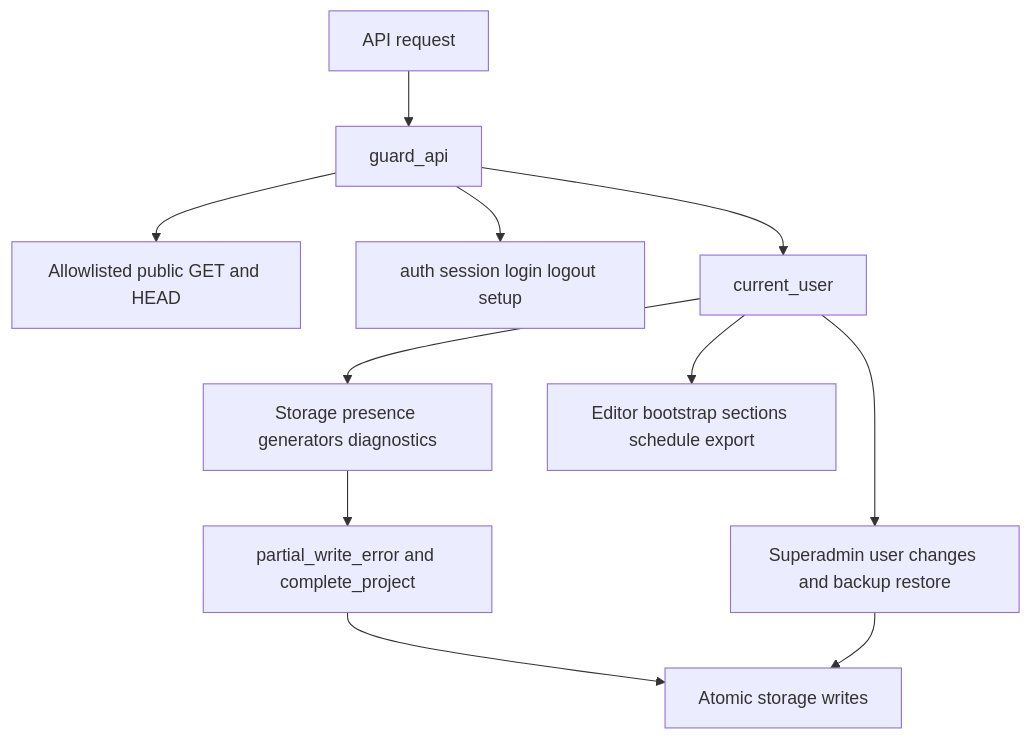
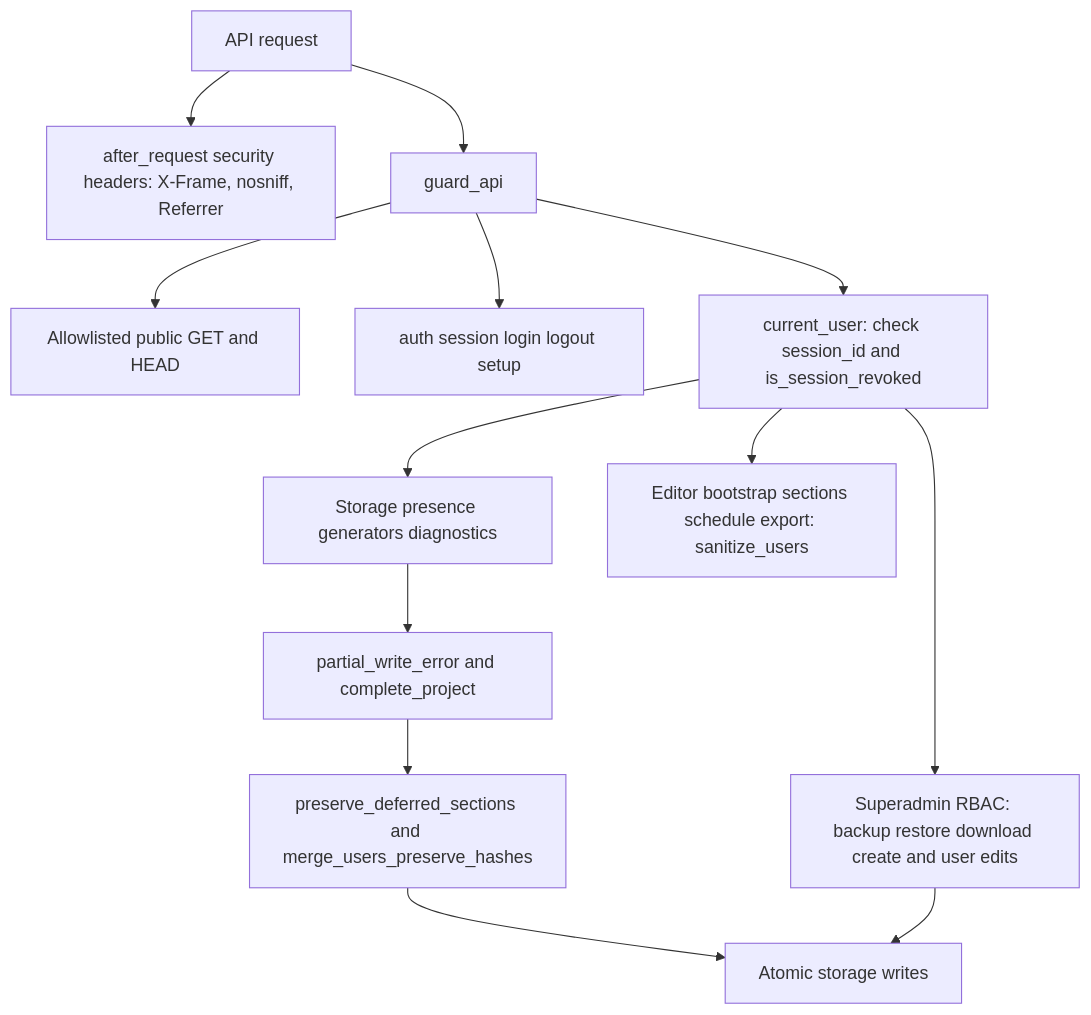
Before and after one commit to Utkautka1/timetable22: the third of 6 diagrams in docs/UML.md, drawn with Mermaid. The commit also changed other lines of this file and 10 other files, not shown here.

````diff
--- a/docs/UML.md
+++ b/docs/UML.md
@@ -52,13 +56,15 @@
 ```mermaid
 flowchart TD
-    Request[API request] --> Guard[guard_api]
+    Request[API request] --> Headers[after_request security headers: X-Frame, nosniff, Referrer]
+    Request --> Guard[guard_api]
     Guard --> PublicGet[Allowlisted public GET and HEAD]
     Guard --> AuthRoutes[auth session login logout setup]
-    Guard --> Session[current_user]
+    Guard --> Session[current_user: check session_id and is_session_revoked]
     Session --> Private[Storage presence generators diagnostics]
-    Session --> EditorTransportRoutes[Editor bootstrap sections schedule export]
-    Session --> Superadmin[Superadmin user changes and backup restore]
+    Session --> EditorTransportRoutes[Editor bootstrap sections schedule export: sanitize_users]
+    Session --> Superadmin[Superadmin RBAC: backup restore download create and user edits]
     Private --> PartialCheck[partial_write_error and complete_project]
-    PartialCheck --> Writes[Atomic storage writes]
+    PartialCheck --> PreserveCheck[preserve_deferred_sections and merge_users_preserve_hashes]
+    PreserveCheck --> Writes[Atomic storage writes]
     Superadmin --> Writes
 ```
````
